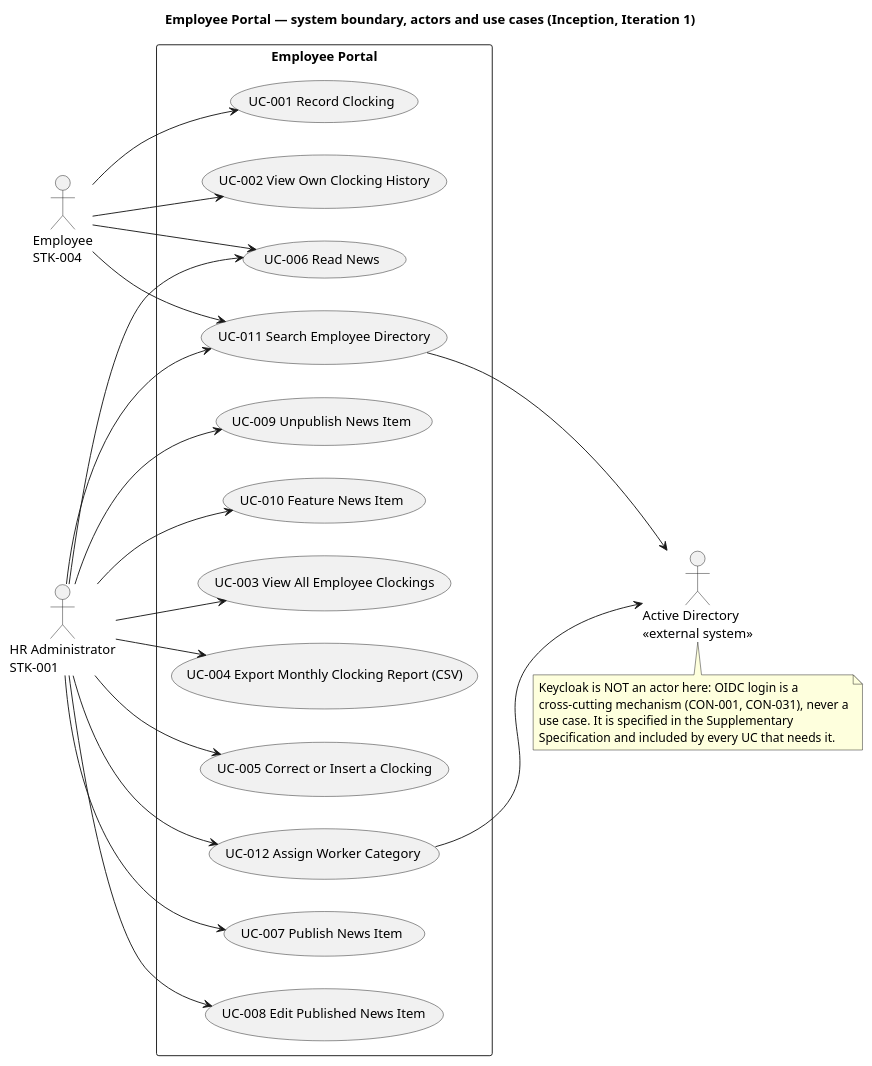
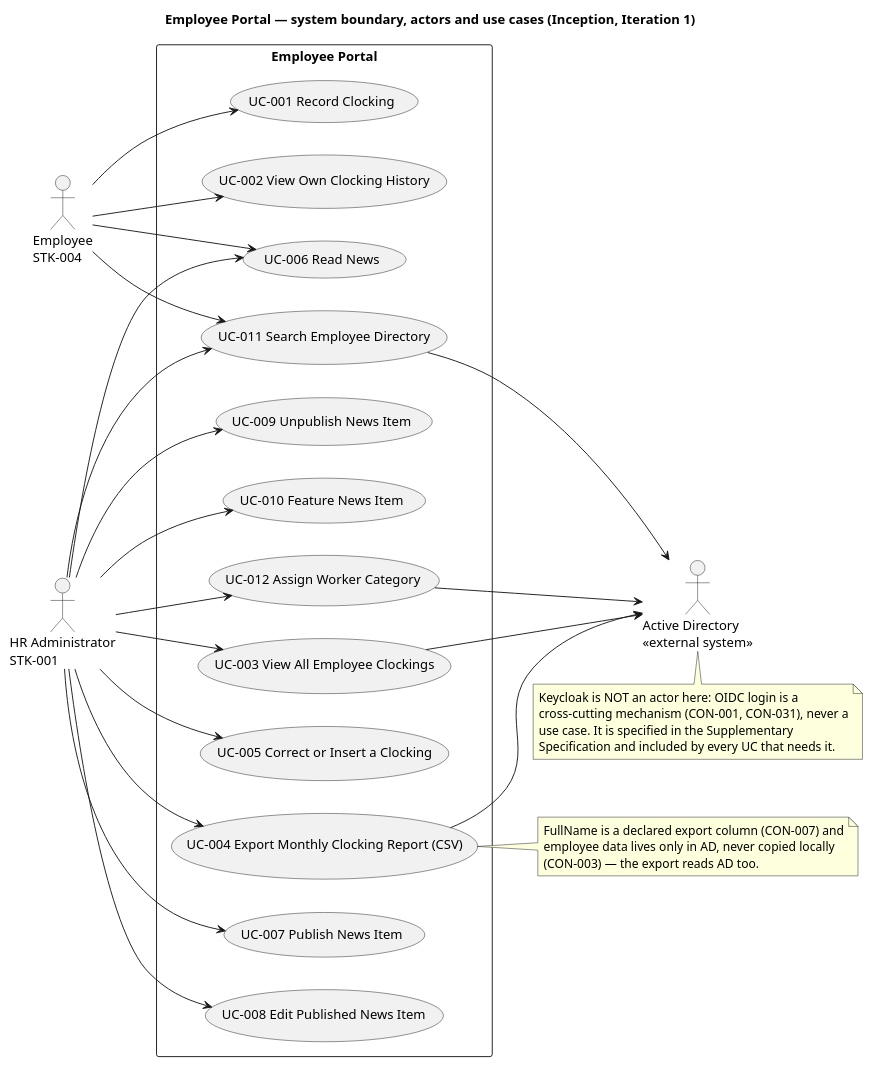
One commit to banense-test/employee-portal changed the first of 6 diagrams in docs/artifacts/requirements/use-case-model.md. Above: the diagram before and after it, drawn with PlantUML. The commit also changed other lines of this file, not shown here.

````diff
--- a/docs/artifacts/requirements/use-case-model.md
+++ b/docs/artifacts/requirements/use-case-model.md
@@ -14,50 +13,58 @@
 ```plantuml
 @startuml
 title Employee Portal — system boundary, actors and use cases (Inception, Iteration 1)
 left to right direction
 skinparam packageStyle rectangle
 
 actor "Employee\nSTK-004" as EMP
 actor "HR Administrator\nSTK-001" as HR
 actor "Active Directory\n<<external system>>" as AD
 
 rectangle "Employee Portal" {
   usecase "UC-001 Record Clocking" as UC001
   usecase "UC-002 View Own Clocking History" as UC002
   usecase "UC-003 View All Employee Clockings" as UC003
   usecase "UC-004 Export Monthly Clocking Report (CSV)" as UC004
   usecase "UC-005 Correct or Insert a Clocking" as UC005
   usecase "UC-006 Read News" as UC006
   usecase "UC-007 Publish News Item" as UC007
   usecase "UC-008 Edit Published News Item" as UC008
   usecase "UC-009 Unpublish News Item" as UC009
   usecase "UC-010 Feature News Item" as UC010
   usecase "UC-011 Search Employee Directory" as UC011
   usecase "UC-012 Assign Worker Category" as UC012
 }
 
 EMP --> UC001
 EMP --> UC002
 EMP --> UC006
 EMP --> UC011
 HR --> UC003
 HR --> UC004
 HR --> UC005
 HR --> UC006
 HR --> UC007
 HR --> UC008
 HR --> UC009
 HR --> UC010
 HR --> UC011
 HR --> UC012
+UC003 --> AD
+UC004 --> AD
 UC011 --> AD
 UC012 --> AD
 
 note bottom of AD
   Keycloak is NOT an actor here: OIDC login is a
   cross-cutting mechanism (CON-001, CON-031), never a
   use case. It is specified in the Supplementary
   Specification and included by every UC that needs it.
 end note
+
+note right of UC004
+  FullName is a declared export column (CON-007) and
+  employee data lives only in AD, never copied locally
+  (CON-003) — the export reads AD too.
+end note
 @enduml
 ```
````
